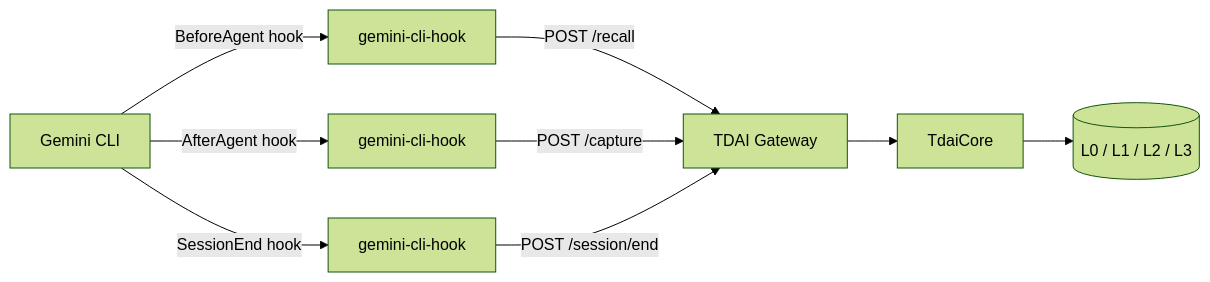
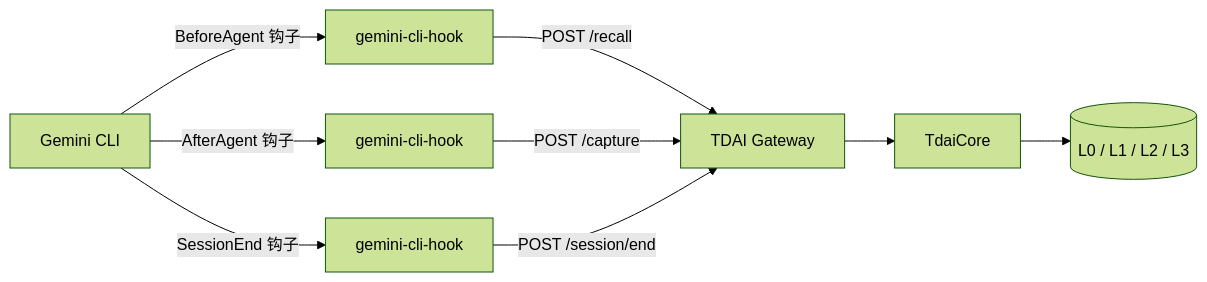
The diagram in docs/gemini-cli-adapter.md (TencentCloud/TencentDB-Agent-Memory), drawn with Mermaid (forest theme) before and after one commit. The commit also changed other lines of this file and 2 other files, not shown here.

Commit message:
docs(adapter): Gemini CLI 适配器文档中文化

````diff
--- a/docs/gemini-cli-adapter.md
+++ b/docs/gemini-cli-adapter.md
@@ -10,11 +7,11 @@
 ```mermaid
 flowchart LR
-  G[Gemini CLI] -->|BeforeAgent hook| H[gemini-cli-hook]
+  G[Gemini CLI] -->|BeforeAgent 钩子| H[gemini-cli-hook]
   H -->|POST /recall| GW[TDAI Gateway]
   GW --> C[TdaiCore]
   C --> S[(L0 / L1 / L2 / L3)]
-  G -->|AfterAgent hook| H2[gemini-cli-hook]
+  G -->|AfterAgent 钩子| H2[gemini-cli-hook]
   H2 -->|POST /capture| GW
-  G -->|SessionEnd hook| H3[gemini-cli-hook]
+  G -->|SessionEnd 钩子| H3[gemini-cli-hook]
   H3 -->|POST /session/end| GW
 ```
````
